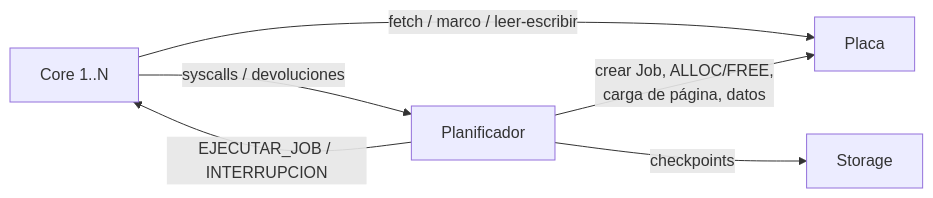
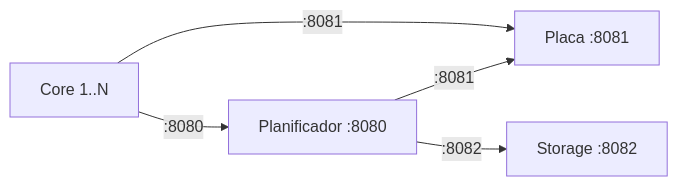
The first of 5 diagrams in Presentación - Funcionamiento del TP.md (Aglucian/doc-tp-entrenados), drawn with Mermaid before and after one commit. The commit also changed other lines of this file and 5 other files, not shown here.

Commit message:
Reorganizo la presentación del TP en 8 secciones y agrego su PDF con los diagramas dibujados

````diff
--- a/Presentación - Funcionamiento del TP.md
+++ b/Presentación - Funcionamiento del TP.md
@@ -25,8 +38,7 @@
 ```mermaid
 flowchart LR
-    C[Core 1..N] -- syscalls / devoluciones --> P[Planificador]
-    P -- EJECUTAR_JOB / INTERRUPCION --> C
-    C -- fetch / marco / leer-escribir --> PL[Placa]
-    P -- crear Job, ALLOC/FREE,<br/>carga de página, datos --> PL
-    P -- checkpoints --> S[Storage]
+    C["Core 1..N"] -->|":8080"| P["Planificador :8080"]
+    C -->|":8081"| PL["Placa :8081"]
+    P -->|":8081"| PL
+    P -->|":8082"| S["Storage :8082"]
 ```
````
